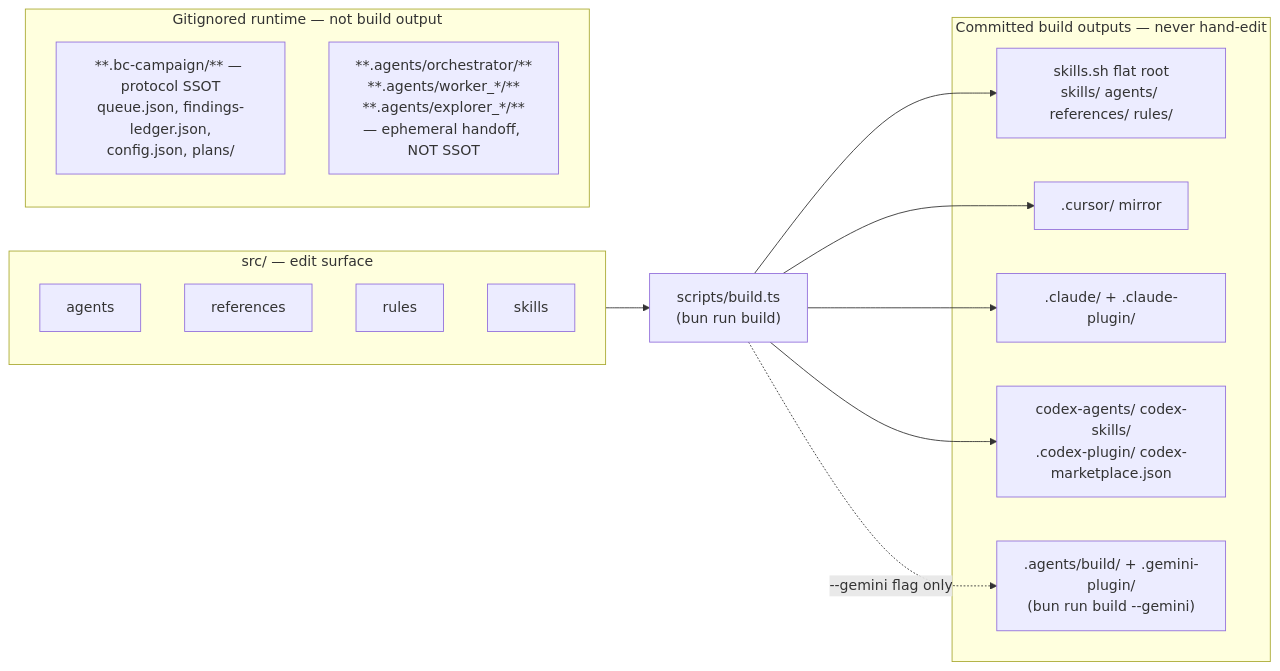
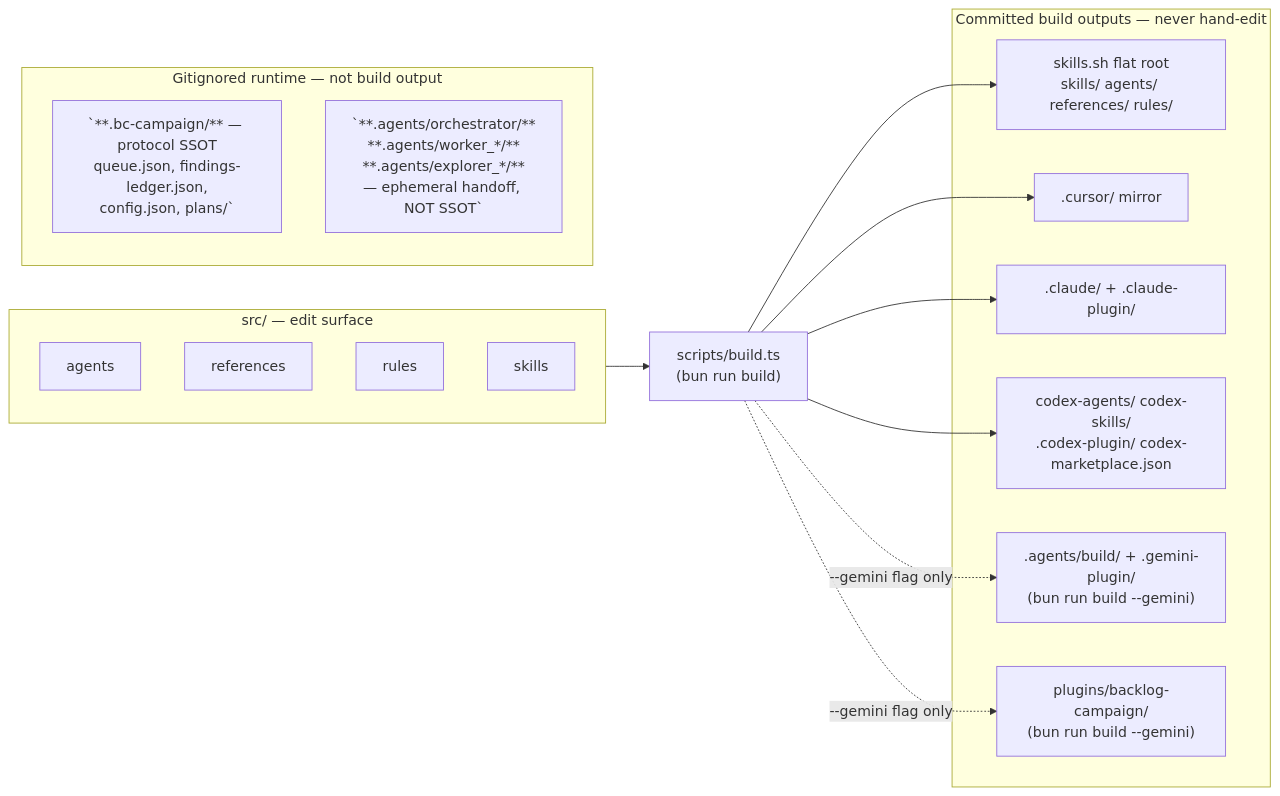
Before and after one commit to CorentinLumineau/backlog-campaign: the diagram in documentation/architecture.md, drawn with Mermaid. The commit also changed other lines of this file and 40 other files, not shown here.

First line of the commit message:
feat: emit compliant Antigravity plugin bundle at plugins/backlog-campaign/

````diff
--- a/documentation/architecture.md
+++ b/documentation/architecture.md
@@ -17,31 +17,33 @@
 ```mermaid
 flowchart LR
     subgraph SRC["src/ — edit surface"]
         A1[agents]
         A2[references]
         A3[rules]
         A4[skills]
     end
 
     BUILD["scripts/build.ts<br/>(bun run build)"]
 
     subgraph OUT["Committed build outputs — never hand-edit"]
         O1[skills.sh flat root<br/>skills/ agents/ references/ rules/]
         O2[.cursor/ mirror]
         O3[.claude/ + .claude-plugin/]
         O4[codex-agents/ codex-skills/<br/>.codex-plugin/ codex-marketplace.json]
         O5[".agents/build/ + .gemini-plugin/<br/>(bun run build --gemini)"]
+        O6["plugins/backlog-campaign/<br/>(bun run build --gemini)"]
     end
 
     SRC --> BUILD --> O1
     BUILD --> O2
     BUILD --> O3
     BUILD --> O4
     BUILD -. "--gemini flag only" .-> O5
+    BUILD -. "--gemini flag only" .-> O6
 
     subgraph RUNTIME["Gitignored runtime — not build output"]
         direction TB
-        R1["**.bc-campaign/** — protocol SSOT<br/>queue.json, findings-ledger.json,<br/>config.json, plans/"]
-        R2["**.agents/orchestrator/**<br/>**.agents/worker_*/**<br/>**.agents/explorer_*/**<br/>— ephemeral handoff, NOT SSOT"]
+        R1[`**.bc-campaign/** — protocol SSOT<br/>queue.json, findings-ledger.json,<br/>config.json, plans/`]
+        R2[`**.agents/orchestrator/**<br/>**.agents/worker_*/**<br/>**.agents/explorer_*/**<br/>— ephemeral handoff, NOT SSOT`]
     end
 ```
````
